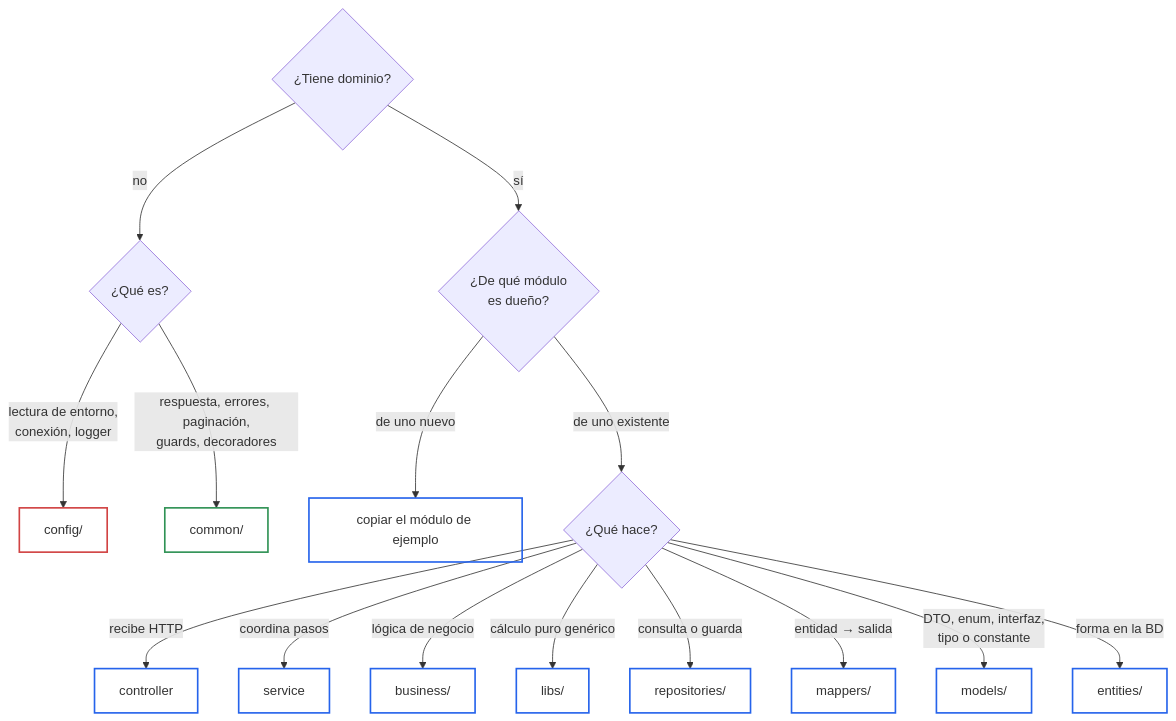
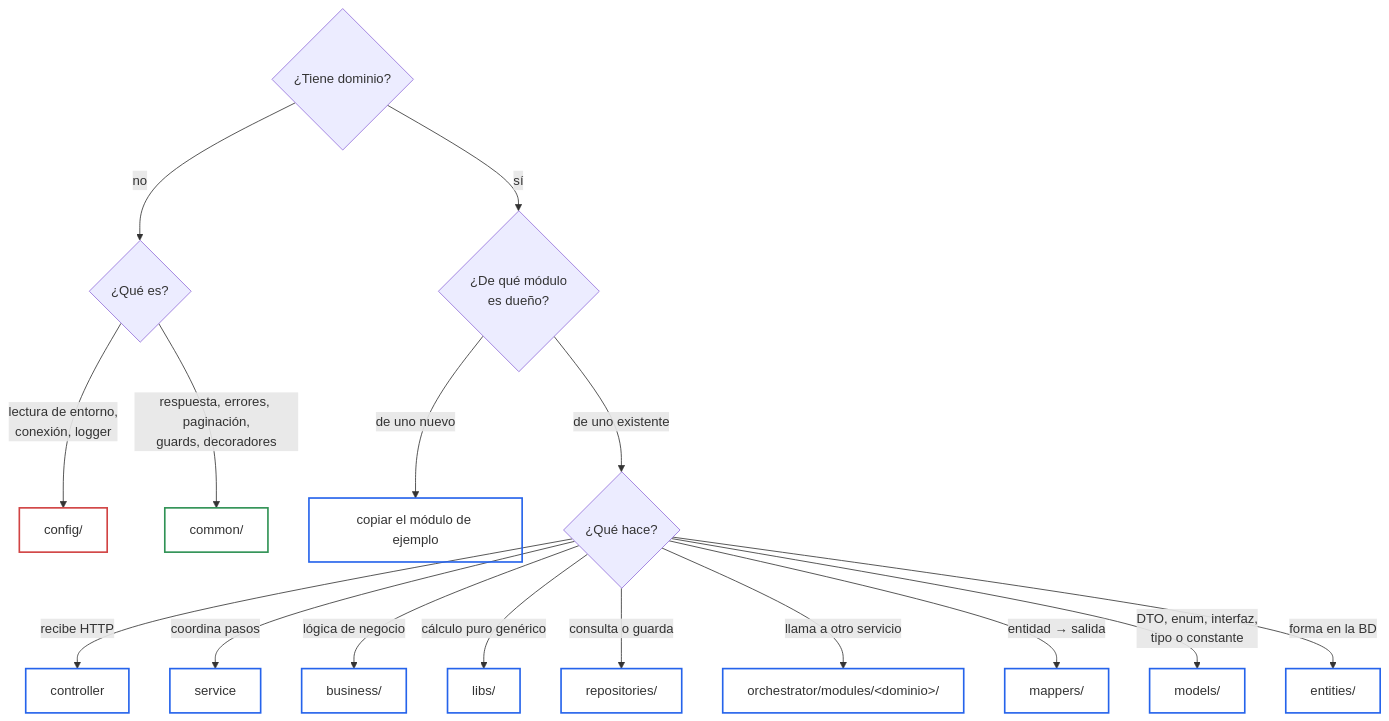
Before and after one commit to pcarroza91/nest-template: diagram 14 of 14 in docs/architecture/guidelines.md, drawn with Mermaid. The commit also changed other lines of this file and 1 other file, not shown here.

First line of the commit message:
docs(architecture): define el orchestrator para la comunicación con otros servicios

````diff
--- a/docs/architecture/guidelines.md
+++ b/docs/architecture/guidelines.md
@@ -670,25 +881,26 @@
 ```mermaid
 flowchart TB
     Q{"¿Tiene dominio?"}
     Q -- "no" --> T{"¿Qué es?"}
     T -- "lectura de entorno,<br/>conexión, logger" --> CFG["config/"]
     T -- "respuesta, errores, paginación,<br/>guards, decoradores" --> COM["common/"]
     Q -- "sí" --> O{"¿De qué módulo<br/>es dueño?"}
     O -- "de uno nuevo" --> NEW["copiar el módulo de ejemplo"]
     O -- "de uno existente" --> K{"¿Qué hace?"}
     K -- "recibe HTTP" --> CT["controller"]
     K -- "coordina pasos" --> SV["service"]
     K -- "lógica de negocio" --> BZ["business/"]
     K -- "cálculo puro genérico" --> LB["libs/"]
     K -- "consulta o guarda" --> RP["repositories/"]
+    K -- "llama a otro servicio" --> OR["orchestrator/modules/&lt;dominio&gt;/"]
     K -- "entidad → salida" --> MP["mappers/"]
     K -- "DTO, enum, interfaz,<br/>tipo o constante" --> DT["models/"]
     K -- "forma en la BD" --> EN["entities/"]
 
     classDef shared fill:transparent,stroke:#2f9254,stroke-width:2px
     classDef core fill:transparent,stroke:#d14343,stroke-width:2px
     classDef feature fill:transparent,stroke:#2563eb,stroke-width:2px
     class COM shared
     class CFG core
-    class NEW,CT,SV,BZ,LB,RP,MP,DT,EN feature
+    class NEW,CT,SV,BZ,LB,RP,MP,DT,EN,OR feature
 ```
````
